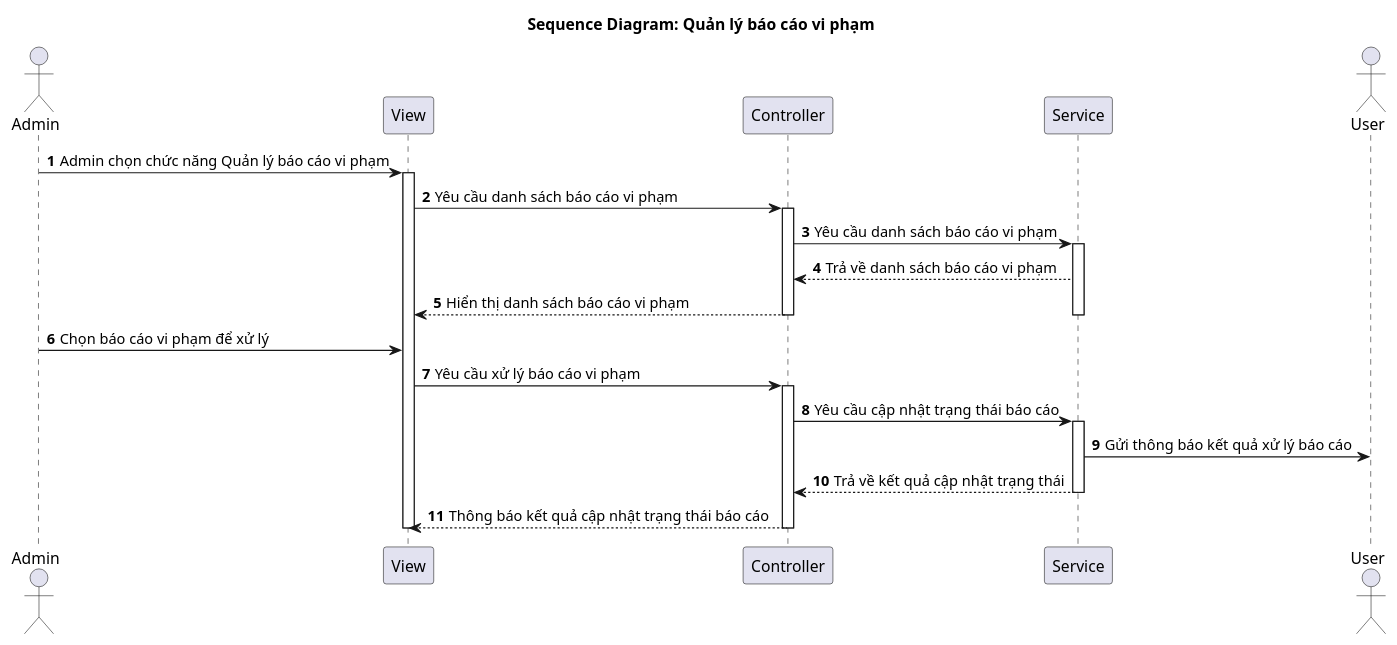
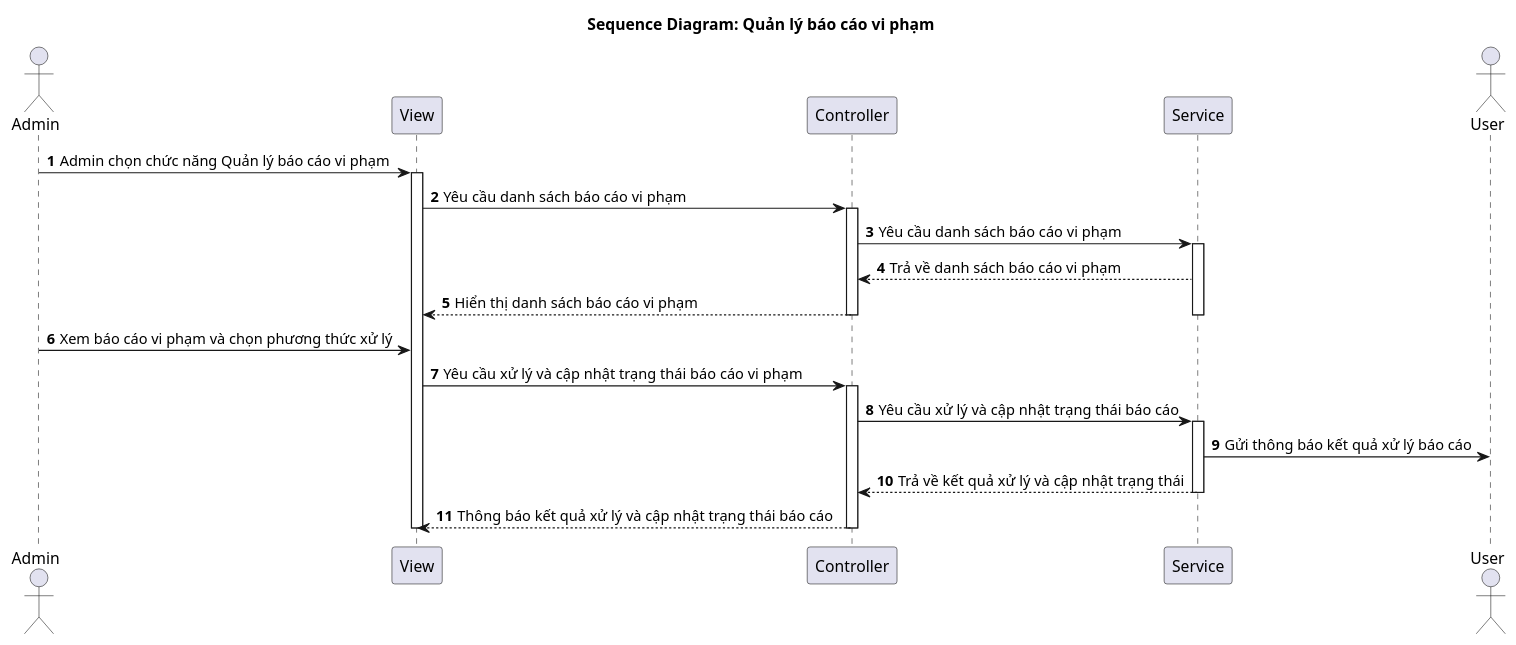
One commit to vinh047/soundwave changed the diagram in Diagrams/SequenceDiagram/ManageReportSD.plantuml. Above: the diagram before and after it, drawn with PlantUML. The commit also changed 1 other file, not shown here.

```diff
--- a/Diagrams/SequenceDiagram/ManageReportSD.plantuml
+++ b/Diagrams/SequenceDiagram/ManageReportSD.plantuml
@@ -1,36 +1,36 @@
 @startuml SD
 
 actor "Admin" as Admin
 participant "View" as View
 participant "Controller" as Controller
 participant "Service" as Service
 actor "User" as User
 
 title Sequence Diagram: Quản lý báo cáo vi phạm
 
 autonumber
 
 Admin -> View: Admin chọn chức năng Quản lý báo cáo vi phạm
 activate View
 View -> Controller: Yêu cầu danh sách báo cáo vi phạm
 activate Controller
 Controller -> Service: Yêu cầu danh sách báo cáo vi phạm
 activate Service
 Service --> Controller: Trả về danh sách báo cáo vi phạm
 Controller --> View: Hiển thị danh sách báo cáo vi phạm
 deactivate Controller
 deactivate Service
 
-Admin -> View: Chọn báo cáo vi phạm để xử lý
-View -> Controller: Yêu cầu xử lý báo cáo vi phạm
+Admin -> View: Xem báo cáo vi phạm và chọn phương thức xử lý
+View -> Controller: Yêu cầu xử lý và cập nhật trạng thái báo cáo vi phạm
 activate Controller
-Controller -> Service: Yêu cầu cập nhật trạng thái báo cáo
+Controller -> Service: Yêu cầu xử lý và cập nhật trạng thái báo cáo
 activate Service
 Service -> User: Gửi thông báo kết quả xử lý báo cáo
-Service --> Controller: Trả về kết quả cập nhật trạng thái
+Service --> Controller: Trả về kết quả xử lý và cập nhật trạng thái
 deactivate Service
-Controller --> View: Thông báo kết quả cập nhật trạng thái báo cáo
+Controller --> View: Thông báo kết quả xử lý và cập nhật trạng thái báo cáo
 deactivate Controller
 
 deactivate View
 @enduml
```
